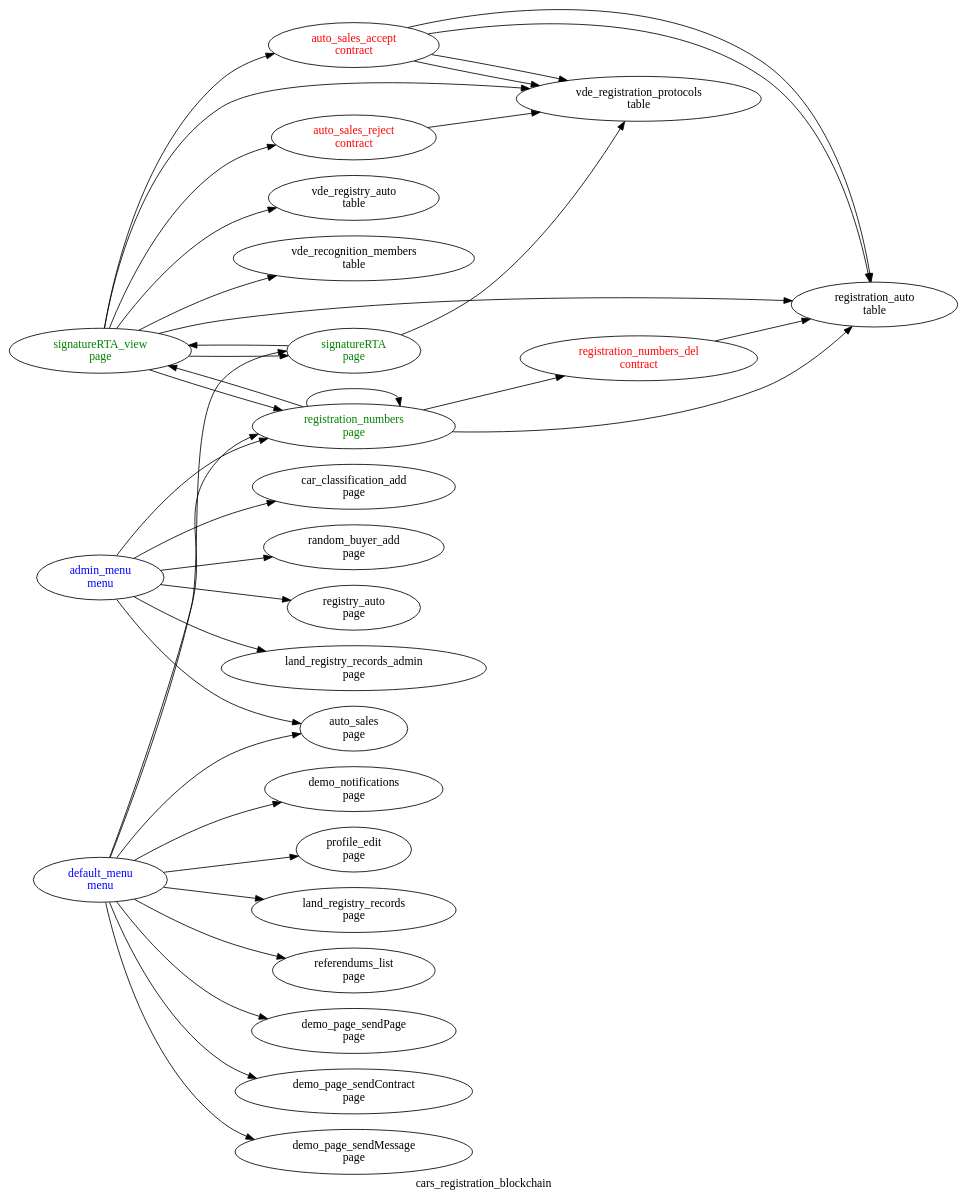
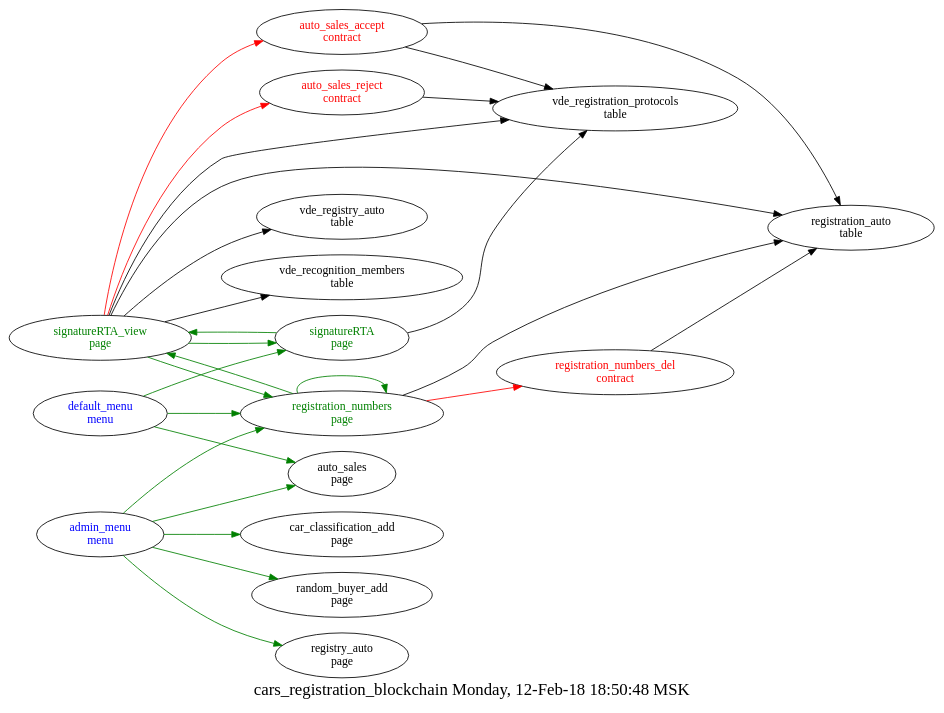
One commit to AplaProject/apps changed the diagram in src/cars_registration_blockchain/struct.dot. Above: the diagram before and after it, drawn with Graphviz.

```diff
--- a/src/cars_registration_blockchain/struct.dot
+++ b/src/cars_registration_blockchain/struct.dot
@@ -1,49 +1,40 @@
 digraph G {
-label=cars_registration_blockchain;
+fontsize="20.0";
+label="cars_registration_blockchain Monday, 12-Feb-18 18:50:48 MSK";
 rankdir=LR;
-"registration_numbers_del\ncontract" -> "registration_auto\ntable"
-"registration_numbers_del\ncontract" [fontcolor=red, group=contracts];
 "auto_sales_accept\ncontract" -> "vde_registration_protocols\ntable"
 "auto_sales_accept\ncontract" -> "registration_auto\ntable"
-"auto_sales_accept\ncontract" -> "registration_auto\ntable"
-"auto_sales_accept\ncontract" -> "vde_registration_protocols\ntable"
 "auto_sales_accept\ncontract" [fontcolor=red, group=contracts];
 "auto_sales_reject\ncontract" -> "vde_registration_protocols\ntable"
 "auto_sales_reject\ncontract" [fontcolor=red, group=contracts];
-"admin_menu\nmenu" -> "land_registry_records_admin\npage"
-"admin_menu\nmenu" -> "car_classification_add\npage"
-"admin_menu\nmenu" -> "random_buyer_add\npage"
-"admin_menu\nmenu" -> "registry_auto\npage"
-"admin_menu\nmenu" -> "auto_sales\npage"
-"admin_menu\nmenu" -> "registration_numbers\npage"
+"registration_numbers_del\ncontract" -> "registration_auto\ntable"
+"registration_numbers_del\ncontract" [fontcolor=red, group=contracts];
+"admin_menu\nmenu" -> "car_classification_add\npage"  [ color=green ]
+"admin_menu\nmenu" -> "random_buyer_add\npage"  [ color=green ]
+"admin_menu\nmenu" -> "registry_auto\npage"  [ color=green ]
+"admin_menu\nmenu" -> "auto_sales\npage"  [ color=green ]
+"admin_menu\nmenu" -> "registration_numbers\npage"  [ color=green ]
 "admin_menu\nmenu" [fontcolor=blue, group=menus];
-"default_menu\nmenu" -> "demo_page_sendPage\npage"
-"default_menu\nmenu" -> "demo_page_sendContract\npage"
-"default_menu\nmenu" -> "demo_page_sendMessage\npage"
-"default_menu\nmenu" -> "demo_notifications\npage"
-"default_menu\nmenu" -> "profile_edit\npage"
-"default_menu\nmenu" -> "land_registry_records\npage"
-"default_menu\nmenu" -> "referendums_list\npage"
-"default_menu\nmenu" -> "auto_sales\npage"
-"default_menu\nmenu" -> "signatureRTA\npage"
-"default_menu\nmenu" -> "registration_numbers\npage"
+"default_menu\nmenu" -> "auto_sales\npage"  [ color=green ]
+"default_menu\nmenu" -> "signatureRTA\npage"  [ color=green ]
+"default_menu\nmenu" -> "registration_numbers\npage"  [ color=green ]
 "default_menu\nmenu" [fontcolor=blue, group=menus];
-"registration_numbers\npage" -> "registration_numbers_del\ncontract"
+"registration_numbers\npage" -> "registration_numbers_del\ncontract"  [ color=red ]
 "registration_numbers\npage" -> "registration_auto\ntable"
-"registration_numbers\npage" -> "signatureRTA_view\npage"
-"registration_numbers\npage" -> "registration_numbers\npage"
+"registration_numbers\npage" -> "signatureRTA_view\npage"  [ color=green ]
+"registration_numbers\npage" -> "registration_numbers\npage"  [ color=green ]
 "registration_numbers\npage" [fontcolor=green, group=pages];
 "signatureRTA\npage" -> "vde_registration_protocols\ntable"
-"signatureRTA\npage" -> "signatureRTA_view\npage"
+"signatureRTA\npage" -> "signatureRTA_view\npage"  [ color=green ]
 "signatureRTA\npage" [fontcolor=green, group=pages];
-"signatureRTA_view\npage" -> "auto_sales_reject\ncontract"
-"signatureRTA_view\npage" -> "auto_sales_accept\ncontract"
+"signatureRTA_view\npage" -> "auto_sales_reject\ncontract"  [ color=red ]
+"signatureRTA_view\npage" -> "auto_sales_accept\ncontract"  [ color=red ]
 "signatureRTA_view\npage" -> "vde_registration_protocols\ntable"
 "signatureRTA_view\npage" -> "vde_registry_auto\ntable"
 "signatureRTA_view\npage" -> "vde_recognition_members\ntable"
 "signatureRTA_view\npage" -> "registration_auto\ntable"
-"signatureRTA_view\npage" -> "signatureRTA\npage"
-"signatureRTA_view\npage" -> "registration_numbers\npage"
+"signatureRTA_view\npage" -> "signatureRTA\npage"  [ color=green ]
+"signatureRTA_view\npage" -> "registration_numbers\npage"  [ color=green ]
 "signatureRTA_view\npage" [fontcolor=green, group=pages];
 "registration_auto\ntable" [group=tables];
 }
```
